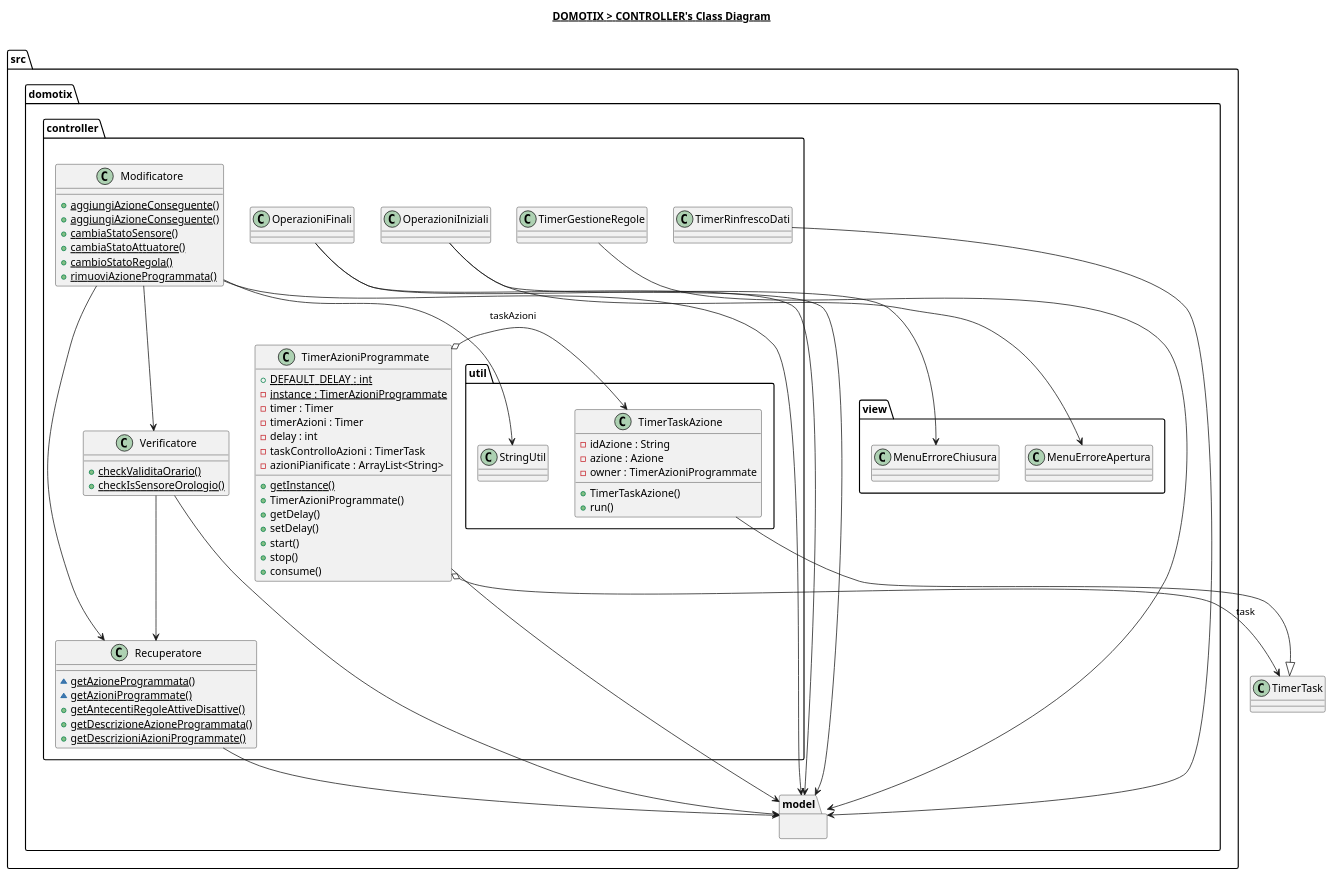
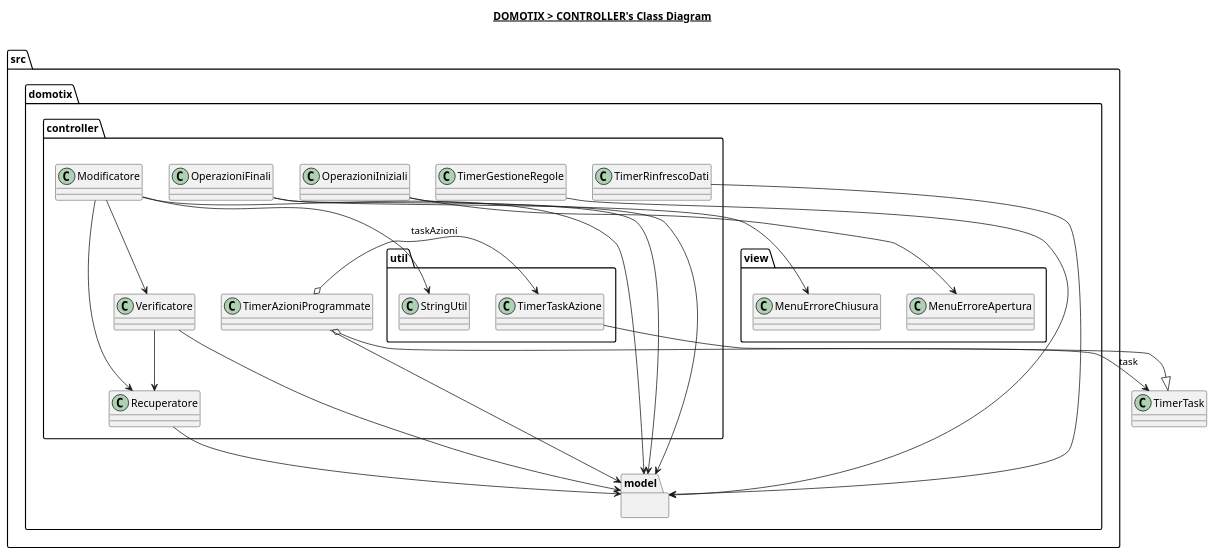
One commit to Edoar-do/Domotix changed the diagram in src/domotix/controller/controller.plantuml. Above: the diagram before and after it, drawn with PlantUML. The commit also changed 14 other files, not shown here.

Commit message:
Aggiunge classi ImportaDati in model; inizializza diagrammi V5

```diff
--- a/src/domotix/controller/controller.plantuml
+++ b/src/domotix/controller/controller.plantuml
@@ -1,99 +1,65 @@
 @startuml
 
 title __DOMOTIX > CONTROLLER's Class Diagram__\n
 
 namespace src.domotix.controller {
     class src.domotix.controller.Modificatore {
-        {static} + aggiungiAzioneConseguente()
-        {static} + aggiungiAzioneConseguente()
-        {static} + cambiaStatoSensore()
-        {static} + cambiaStatoAttuatore()
-        {static} + cambioStatoRegola()
-        {static} + rimuoviAzioneProgrammata()
     }
 
     class src.domotix.controller.OperazioniFinali {
-
     }
 
     class src.domotix.controller.OperazioniIniziali {
-
     }
 
     class src.domotix.controller.Recuperatore {
-        {static} ~ getAzioneProgrammata()
-        {static} ~ getAzioniProgrammate()
-        {static} + getAntecentiRegoleAttiveDisattive()
-        {static} + getDescrizioneAzioneProgrammata()
-        {static} + getDescrizioniAzioniProgrammate()
     }
 
     class src.domotix.controller.Verificatore {
-        {static} + checkValiditaOrario()
-        {static} + checkIsSensoreOrologio()
     }
 
     class src.domotix.controller.TimerGestioneRegole {
     }
 
     class src.domotix.controller.TimerRinfrescoDati {
     }
 
     class src.domotix.controller.TimerAzioniProgrammate {
-        {static} + DEFAULT_DELAY : int
-        {static} - instance : TimerAzioniProgrammate
-        - timer : Timer
-        - timerAzioni : Timer
-        - delay : int
-        - taskControlloAzioni : TimerTask
-        - azioniPianificate : ArrayList<String>
-        {static} + getInstance()
-        + TimerAzioniProgrammate()
-        + getDelay()
-        + setDelay()
-        + start()
-        + stop()
-        + consume()
     }
 
     namespace util {
         class src.domotix.controller.util.StringUtil {
         }
         class src.domotix.controller.util.TimerTaskAzione {
-            - idAzione : String
-            - azione : Azione
-            - owner : TimerAzioniProgrammate
-            + TimerTaskAzione()
-            + run()
         }
     }
 }
 
 namespace src.domotix.model {
 
 }
 
 src.domotix.controller.Modificatore --> src.domotix.controller.util.StringUtil
 src.domotix.controller.Modificatore --> src.domotix.controller.Recuperatore
 src.domotix.controller.Modificatore --> src.domotix.controller.Verificatore
 src.domotix.controller.Modificatore --> src.domotix.model
 
 src.domotix.controller.Verificatore --> src.domotix.controller.Recuperatore
 src.domotix.controller.Verificatore --> src.domotix.model
 
 src.domotix.controller.Recuperatore --> src.domotix.model
 
 src.domotix.controller.OperazioniIniziali --> src.domotix.model
 src.domotix.controller.OperazioniIniziali --> src.domotix.view.MenuErroreApertura
 
 src.domotix.controller.OperazioniFinali --> src.domotix.model
 src.domotix.controller.OperazioniFinali --> src.domotix.view.MenuErroreChiusura
 
 src.domotix.controller.TimerGestioneRegole --> src.domotix.model
 src.domotix.controller.TimerRinfrescoDati --> src.domotix.model
 src.domotix.controller.TimerAzioniProgrammate --> src.domotix.model
 src.domotix.controller.TimerAzioniProgrammate o-> TimerTask : task
 src.domotix.controller.TimerAzioniProgrammate o-> src.domotix.controller.util.TimerTaskAzione : taskAzioni
 src.domotix.controller.util.TimerTaskAzione --|> TimerTask
 
 @enduml
```
